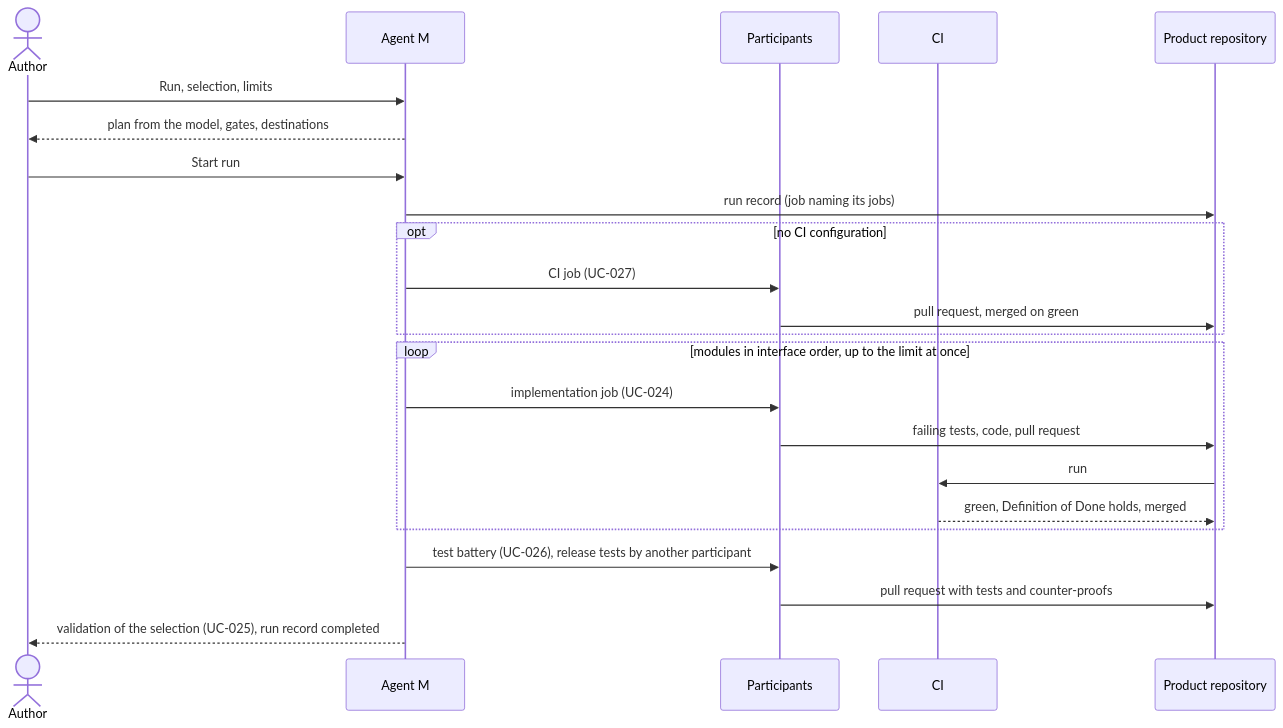
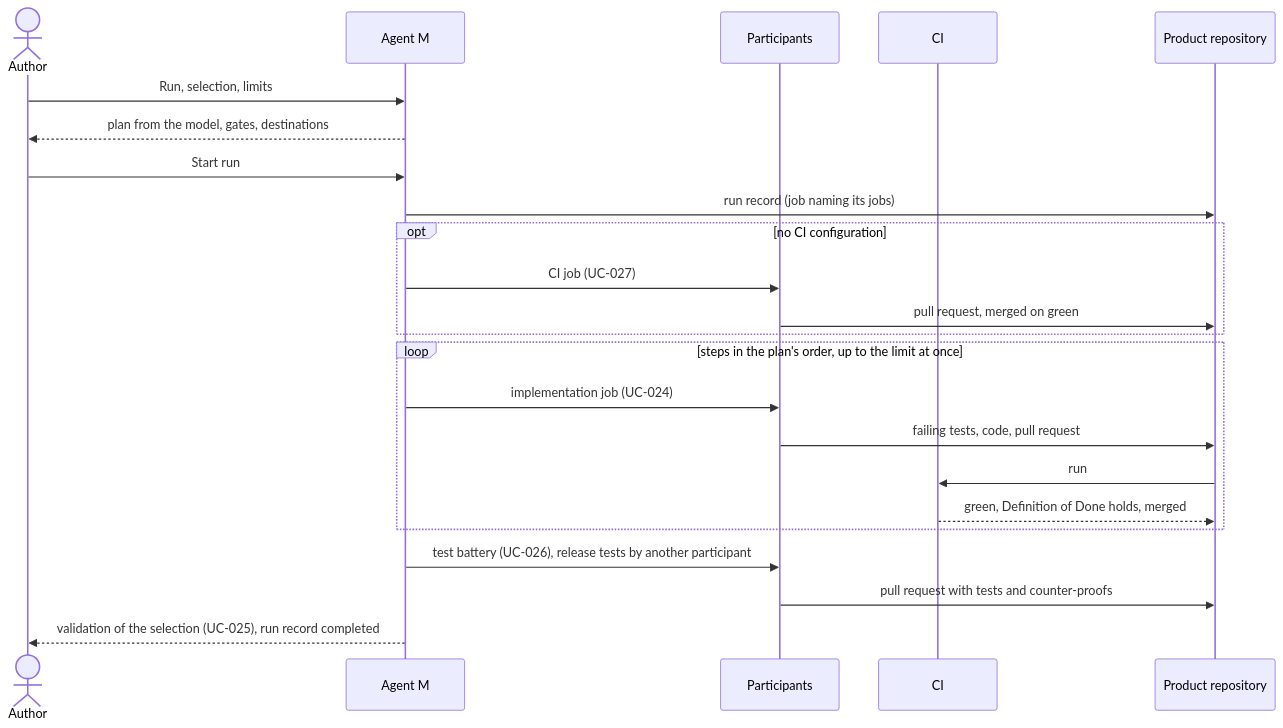
Before and after one commit to akmaier/agent-m: the diagram in docs/use-cases/UC-043-run-the-process-over-a-selection.md, drawn with Mermaid. The commit also changed other lines of this file and 12 other files, not shown here.

````diff
--- a/docs/use-cases/UC-043-run-the-process-over-a-selection.md
+++ b/docs/use-cases/UC-043-run-the-process-over-a-selection.md
@@ -97,25 +103,25 @@
 ```mermaid
 sequenceDiagram
     actor A as Author
     participant M as Agent M
     participant P as Participants
     participant C as CI
     participant G as Product repository
     A->>M: Run, selection, limits
     M-->>A: plan from the model, gates, destinations
     A->>M: Start run
     M->>G: run record (job naming its jobs)
     opt no CI configuration
         M->>P: CI job (UC-027)
         P->>G: pull request, merged on green
     end
-    loop modules in interface order, up to the limit at once
+    loop steps in the plan's order, up to the limit at once
         M->>P: implementation job (UC-024)
         P->>G: failing tests, code, pull request
         G->>C: run
         C-->>G: green, Definition of Done holds, merged
     end
     M->>P: test battery (UC-026), release tests by another participant
     P->>G: pull request with tests and counter-proofs
     M-->>A: validation of the selection (UC-025), run record completed
 ```
````
